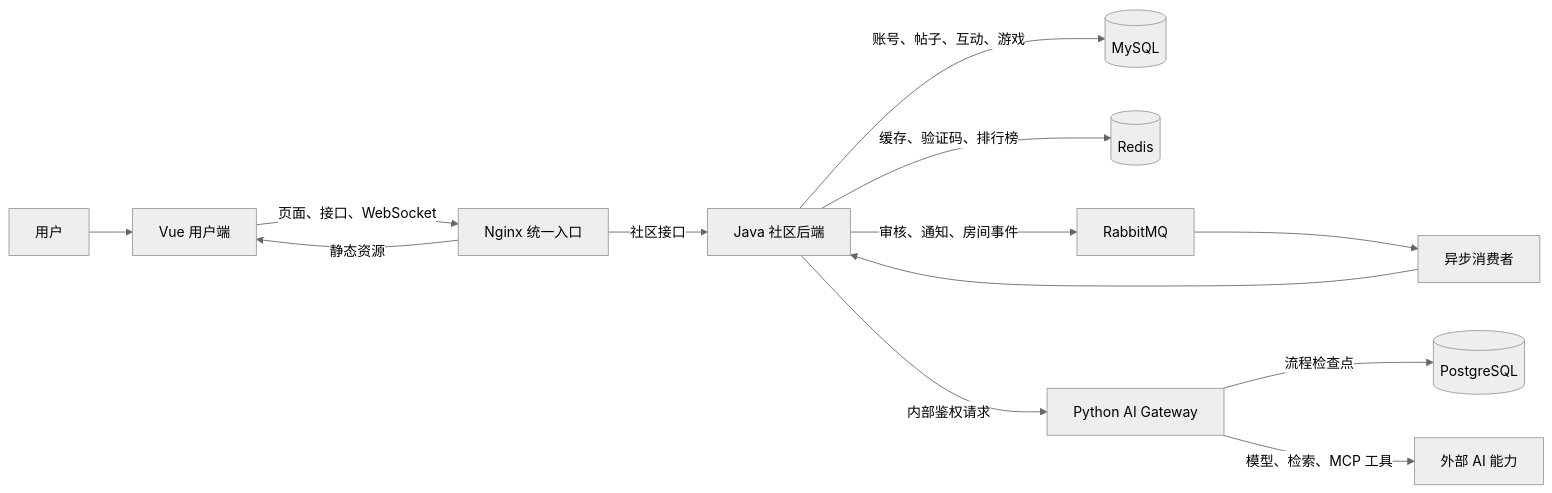
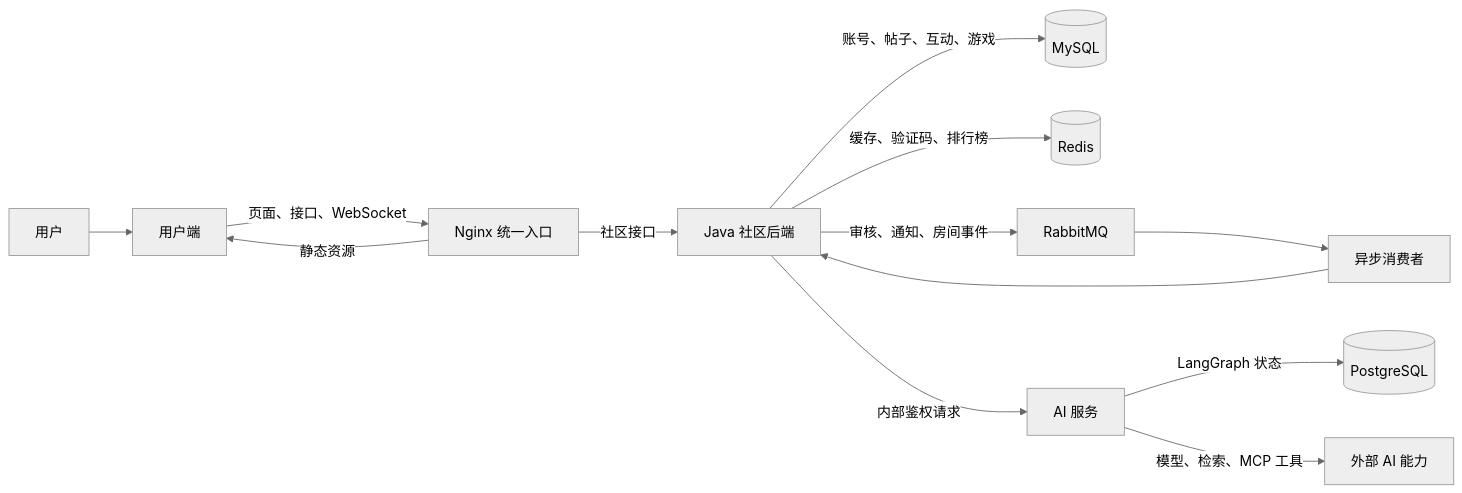
Before and after one commit to pluchon/mengmeng_forum: the first of 19 diagrams in README.md, drawn with Mermaid (neutral theme). The commit also changed other lines of this file, not shown here.

````diff
--- a/README.md
+++ b/README.md
@@ -20,15 +43,15 @@
 ```mermaid
 flowchart LR
-  U["用户"] --> V["Vue 用户端"]
+  U["用户"] --> V["用户端"]
   V -->|页面、接口、WebSocket| N["Nginx 统一入口"]
   N -->|社区接口| J["Java 社区后端"]
   N -->|静态资源| V
   J -->|账号、帖子、互动、游戏| M[("MySQL")]
   J -->|缓存、验证码、排行榜| R[("Redis")]
   J -->|审核、通知、房间事件| Q["RabbitMQ"]
-  J -->|内部鉴权请求| G["Python AI Gateway"]
-  G -->|流程检查点| P[("PostgreSQL")]
+  J -->|内部鉴权请求| G["AI 服务"]
+  G -->|LangGraph 状态| P[("PostgreSQL")]
   G -->|模型、检索、MCP 工具| X["外部 AI 能力"]
   Q --> W["异步消费者"]
   W --> J
 ```
````
